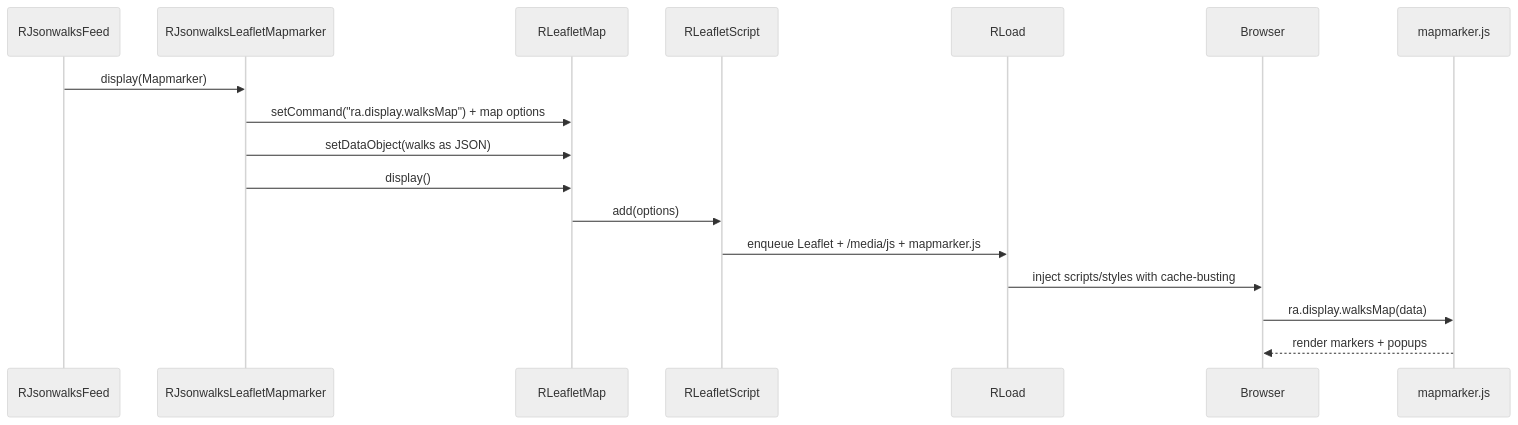
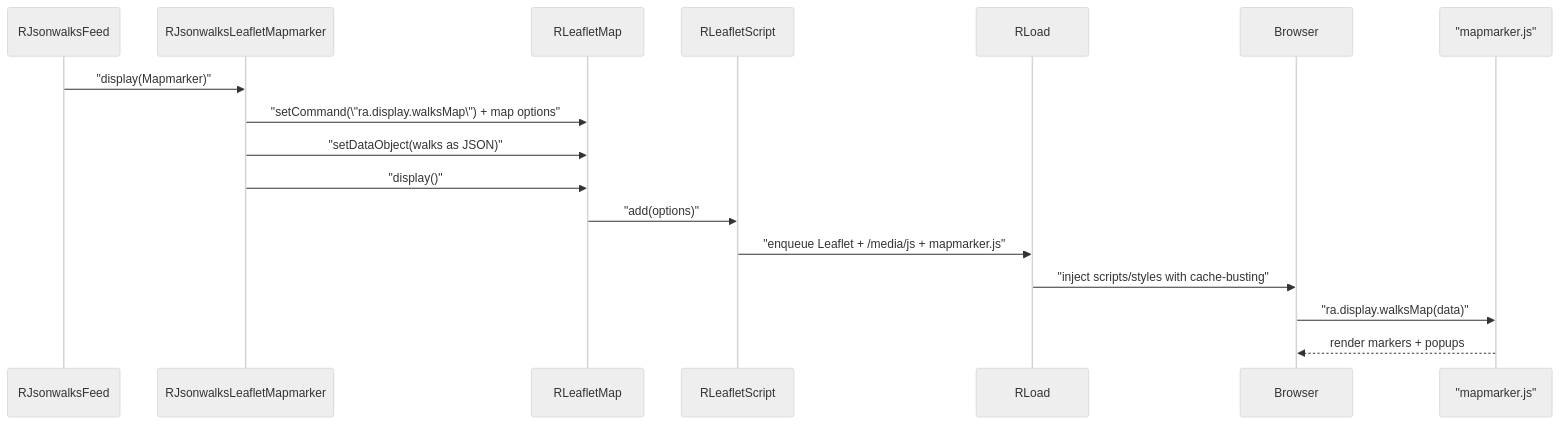
The second of 2 diagrams in jsonwalks/leaflet/HLD.md (pauljrhodes/ramblers-library), drawn with Mermaid (neutral theme) before and after one commit. The commit also changed other lines of this file and 33 other files, not shown here.

Commit message:
Normalize Mermaid diagrams for GitHub rendering

````diff
--- a/jsonwalks/leaflet/HLD.md
+++ b/jsonwalks/leaflet/HLD.md
@@ -72,20 +72,20 @@
 ```mermaid
 sequenceDiagram
     participant Feed as RJsonwalksFeed
     participant Mapmarker as RJsonwalksLeafletMapmarker
     participant Map as RLeafletMap
     participant Script as RLeafletScript
     participant Load as RLoad
     participant Browser as Browser
-    participant ClientJS as mapmarker.js
+    participant ClientJS as "mapmarker.js"
 
-    Feed->>Mapmarker: display(Mapmarker)
-    Mapmarker->>Map: setCommand("ra.display.walksMap") + map options
-    Mapmarker->>Map: setDataObject(walks as JSON)
-    Mapmarker->>Map: display()
-    Map->>Script: add(options)
-    Script->>Load: enqueue Leaflet + /media/js + mapmarker.js
-    Load->>Browser: inject scripts/styles with cache-busting
-    Browser->>ClientJS: ra.display.walksMap(data)
+    Feed->>Mapmarker: "display(Mapmarker)"
+    Mapmarker->>Map: "setCommand(\"ra.display.walksMap\") + map options"
+    Mapmarker->>Map: "setDataObject(walks as JSON)"
+    Mapmarker->>Map: "display()"
+    Map->>Script: "add(options)"
+    Script->>Load: "enqueue Leaflet + /media/js + mapmarker.js"
+    Load->>Browser: "inject scripts/styles with cache-busting"
+    Browser->>ClientJS: "ra.display.walksMap(data)"
     ClientJS-->>Browser: render markers + popups
 ```
````
